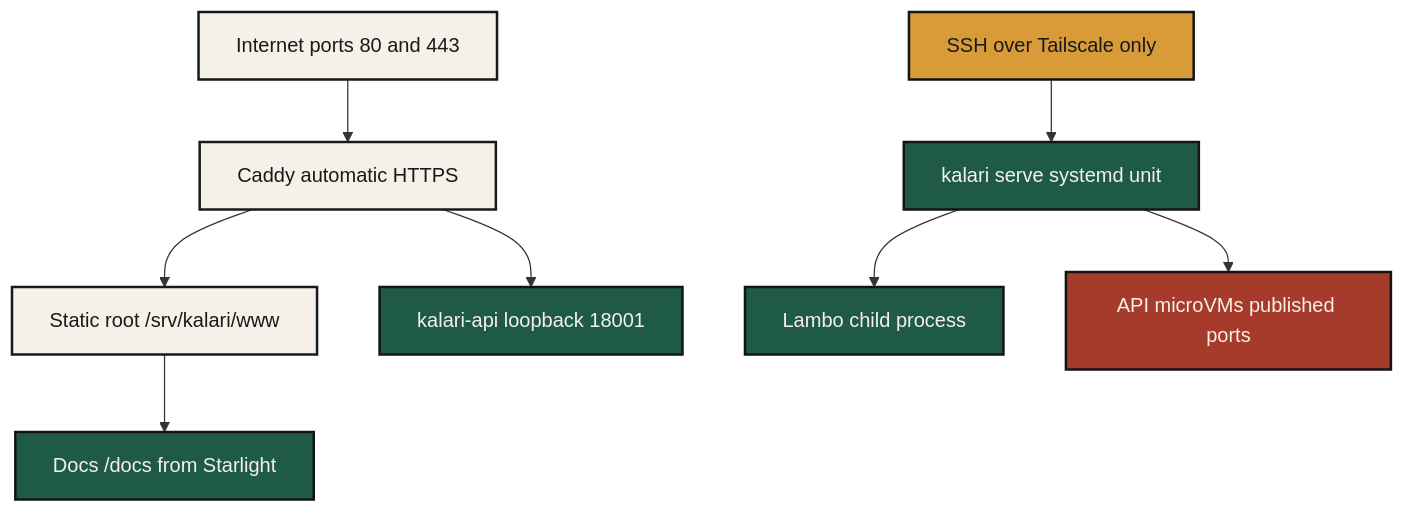
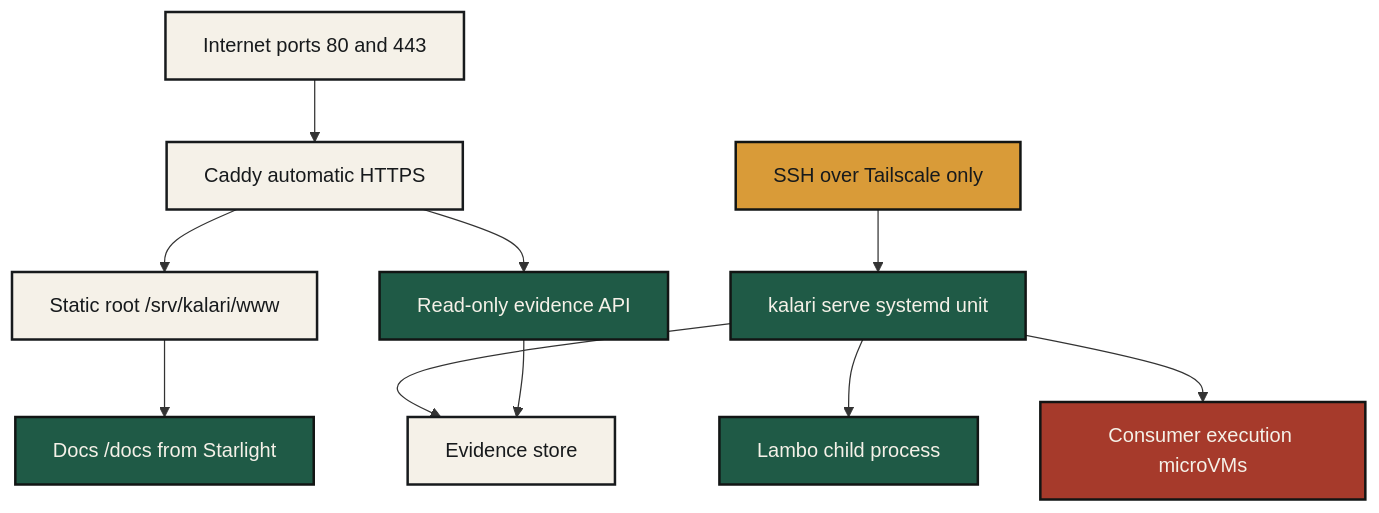
One commit to nrynss/kalari changed the diagram in site/diagrams/deployment.mmd. Above: the diagram before and after it, drawn with Mermaid. The commit also changed 13 other files, not shown here.

```diff
--- a/site/diagrams/deployment.mmd
+++ b/site/diagrams/deployment.mmd
@@ -1,23 +1,26 @@
 flowchart TB
   net["Internet ports 80 and 443"]:::neutral
   caddy["Caddy automatic HTTPS"]:::neutral
   www["Static root /srv/kalari/www"]:::neutral
   docs["Docs /docs from Starlight"]:::kalari
-  api["kalari-api loopback 18001"]:::kalari
+  api["Read-only evidence API"]:::kalari
   serve["kalari serve systemd unit"]:::kalari
   lambo["Lambo child process"]:::kalari
-  vms["API microVMs published ports"]:::reference
+  vms["Consumer execution microVMs"]:::reference
   ssh["SSH over Tailscale only"]:::gate
 
   net --> caddy
   caddy --> www
   www --> docs
   caddy --> api
   serve --> lambo
   serve --> vms
+  evidence["Evidence store"]:::neutral
+  serve --> evidence
+  api --> evidence
   ssh --> serve
 
   classDef kalari fill:#1f5a46,color:#f5f1e8,stroke:#121514,stroke-width:2px
   classDef reference fill:#a63a2b,color:#f5f1e8,stroke:#121514,stroke-width:2px
   classDef gate fill:#d99b38,color:#171a1c,stroke:#121514,stroke-width:2px
   classDef neutral fill:#f5f1e8,color:#171a1c,stroke:#171a1c,stroke-width:2px
```
